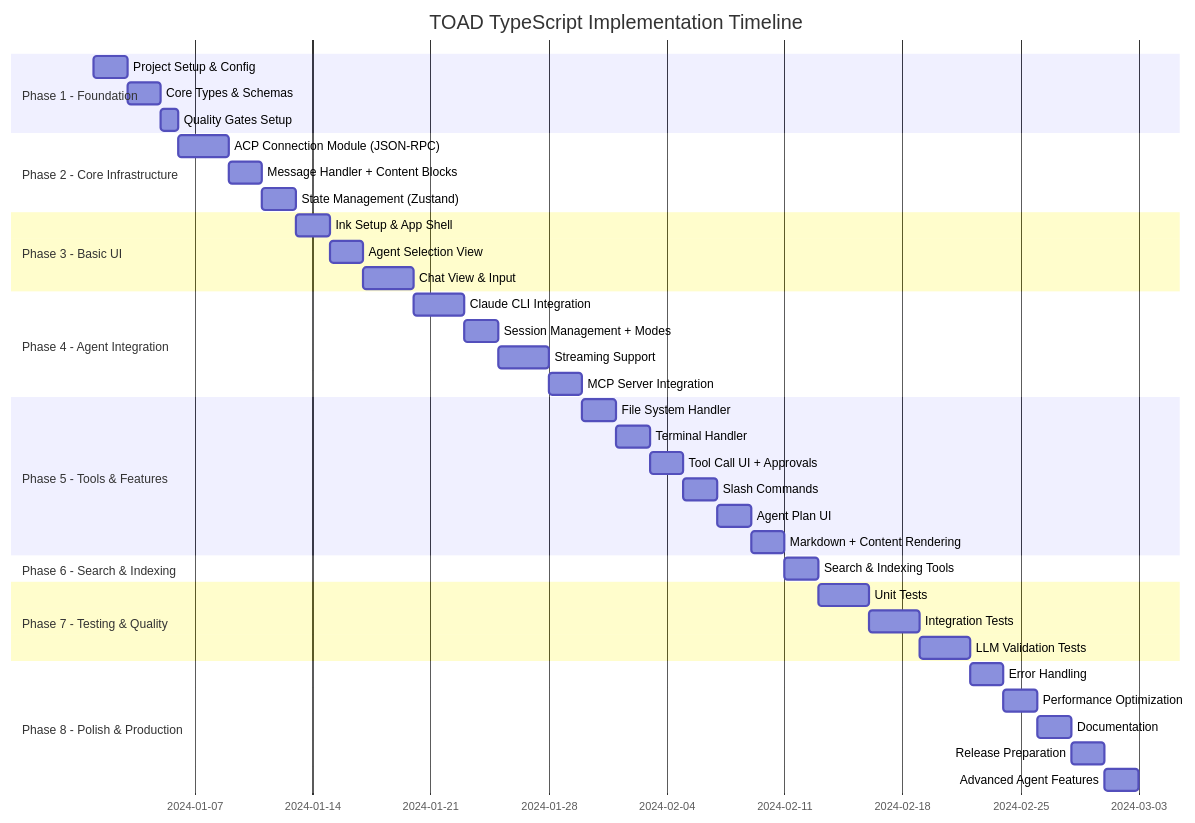
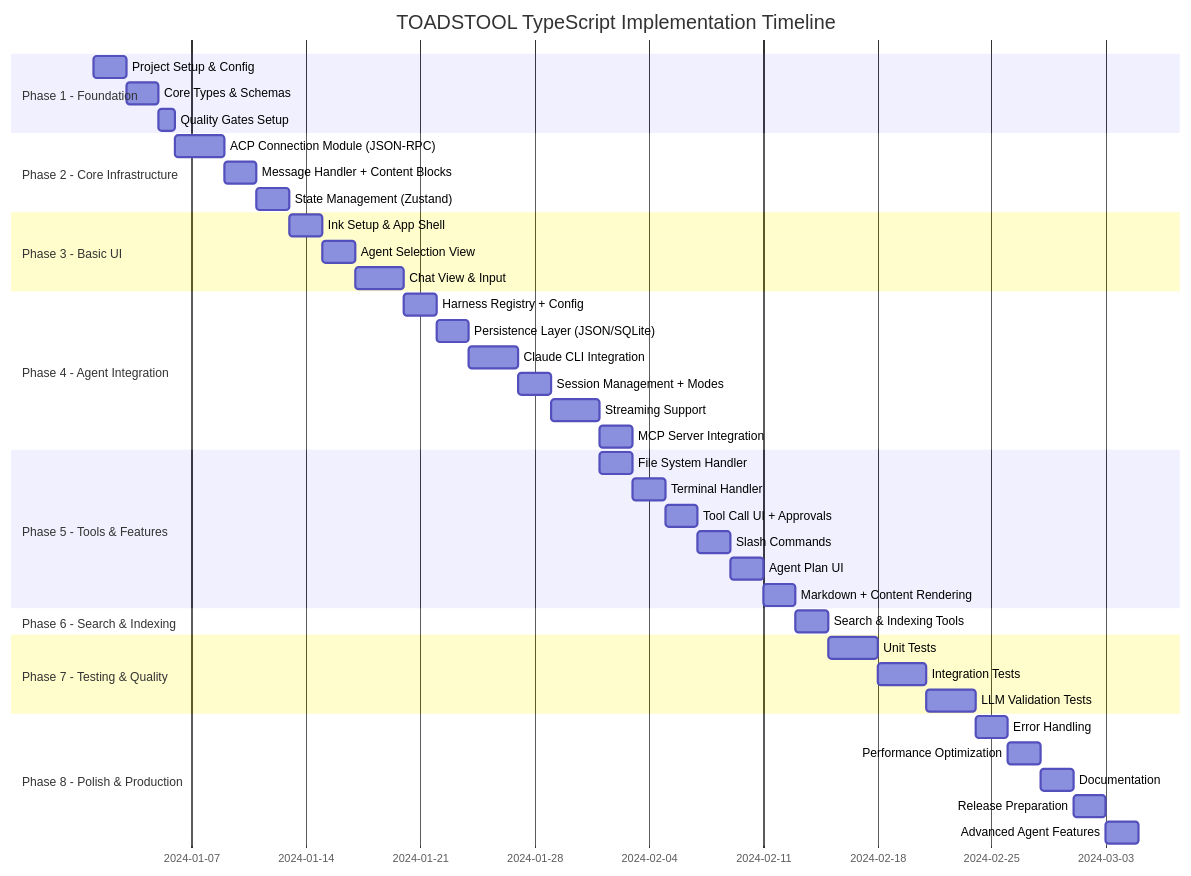
Before and after one commit to SkinnnyJay/toad-ts: the diagram in scratchpad/plan.md, drawn with Mermaid. The commit also changed other lines of this file and 36 other files, not shown here.

````diff
--- a/scratchpad/plan.md
+++ b/scratchpad/plan.md
@@ -24,48 +24,50 @@
 ```mermaid
 gantt
-    title TOAD TypeScript Implementation Timeline
+    title TOADSTOOL TypeScript Implementation Timeline
     dateFormat  YYYY-MM-DD
     section Phase 1 - Foundation
     Project Setup & Config      :p1-1, 2024-01-01, 2d
     Core Types & Schemas        :p1-2, after p1-1, 2d
     Quality Gates Setup         :p1-3, after p1-2, 1d
 
     section Phase 2 - Core Infrastructure
     ACP Connection Module (JSON-RPC) :p2-1, after p1-3, 3d
     Message Handler + Content Blocks :p2-2, after p2-1, 2d
     State Management (Zustand)       :p2-3, after p2-2, 2d
 
     section Phase 3 - Basic UI
     Ink Setup & App Shell       :p3-1, after p2-3, 2d
     Agent Selection View        :p3-2, after p3-1, 2d
     Chat View & Input           :p3-3, after p3-2, 3d
 
     section Phase 4 - Agent Integration
-    Claude CLI Integration      :p4-1, after p3-3, 3d
-    Session Management + Modes  :p4-2, after p4-1, 2d
-    Streaming Support           :p4-3, after p4-2, 3d
-    MCP Server Integration      :p4-4, after p4-3, 2d
+    Harness Registry + Config   :p4-0, after p3-3, 2d
+    Persistence Layer (JSON/SQLite) :p4-1, after p4-0, 2d
+    Claude CLI Integration      :p4-2, after p4-1, 3d
+    Session Management + Modes  :p4-3, after p4-2, 2d
+    Streaming Support           :p4-4, after p4-3, 3d
+    MCP Server Integration      :p4-5, after p4-4, 2d
 
     section Phase 5 - Tools & Features
     File System Handler         :p5-1, after p4-4, 2d
     Terminal Handler            :p5-2, after p5-1, 2d
     Tool Call UI + Approvals    :p5-3, after p5-2, 2d
     Slash Commands              :p5-4, after p5-3, 2d
     Agent Plan UI               :p5-5, after p5-4, 2d
     Markdown + Content Rendering :p5-6, after p5-5, 2d
 
     section Phase 6 - Search & Indexing
     Search & Indexing Tools     :p6-1, after p5-6, 2d
 
     section Phase 7 - Testing & Quality
     Unit Tests                  :p7-1, after p6-1, 3d
     Integration Tests           :p7-2, after p7-1, 3d
     LLM Validation Tests        :p7-3, after p7-2, 3d
 
     section Phase 8 - Polish & Production
     Error Handling              :p8-1, after p7-3, 2d
     Performance Optimization    :p8-2, after p8-1, 2d
     Documentation               :p8-3, after p8-2, 2d
     Release Preparation         :p8-4, after p8-3, 2d
     Advanced Agent Features     :p8-5, after p8-4, 2d
 ```
````
